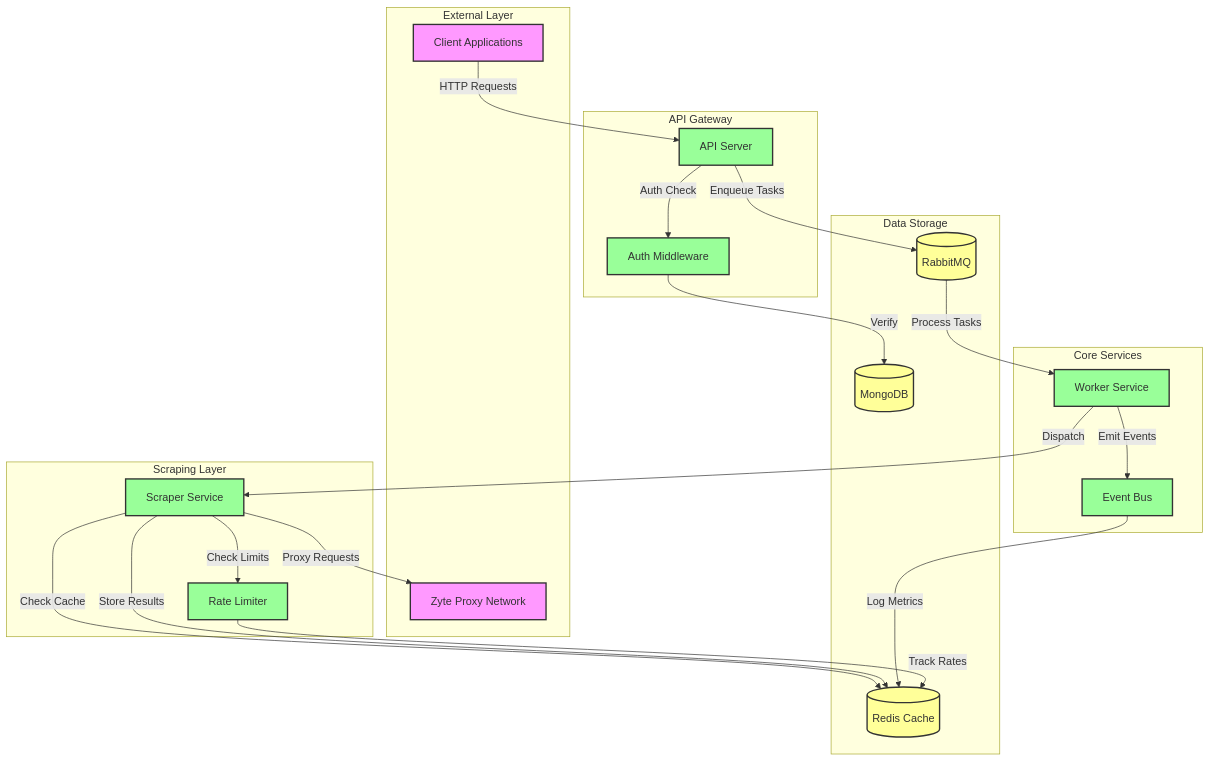
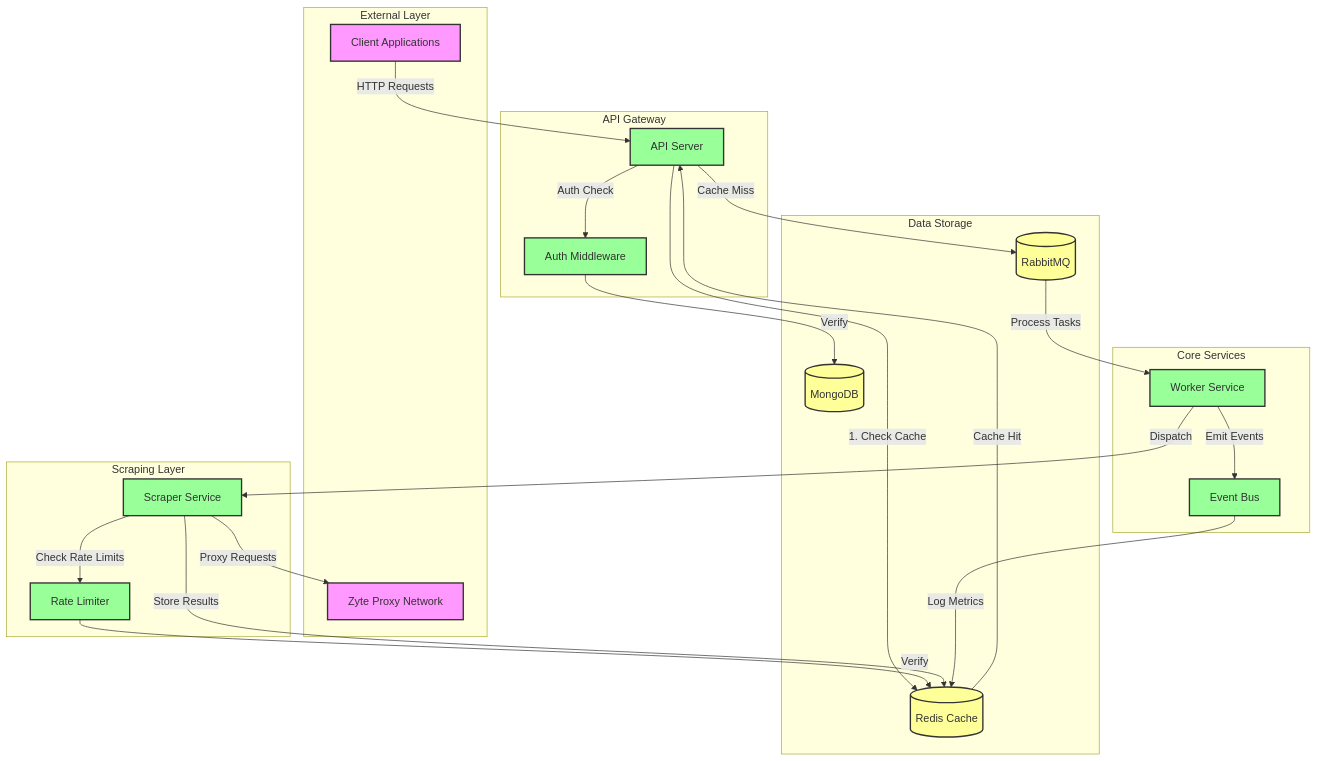
Before and after one commit to The-Deep-Hub/product-scraper-comparison: the first of 3 diagrams in README.md, drawn with Mermaid. The commit also changed other lines of this file, not shown here.

Commit message:
Update hexagonal architecture diagram

````diff
--- a/README.md
+++ b/README.md
@@ -36,59 +36,60 @@
 ```mermaid
 graph TB
     subgraph "External Layer"
         Client[Client Applications]
         Zyte[Zyte Proxy Network]
     end
 
     subgraph "API Gateway"
         API[API Server]
         Auth[Auth Middleware]
     end
 
     subgraph "Core Services"
         Worker[Worker Service]
         EventBus[Event Bus]
     end
 
     subgraph "Data Storage"
         Redis[(Redis Cache)]
         MongoDB[(MongoDB)]
         RMQ[(RabbitMQ)]
     end
 
     subgraph "Scraping Layer"
         Scraper[Scraper Service]
         RateLimit[Rate Limiter]
     end
 
     %% Client Interactions
     Client -->|HTTP Requests| API
     API -->|Auth Check| Auth
     Auth -->|Verify| MongoDB
 
+    %% Cache Flow
+    API -->|1. Check Cache| Redis
+    Redis -->|Cache Hit| API
+    API -->|Cache Miss| RMQ
+
     %% Task Flow
-    API -->|Enqueue Tasks| RMQ
     RMQ -->|Process Tasks| Worker
     Worker -->|Dispatch| Scraper
     
     %% Data Flow
-    Scraper -->|Check Cache| Redis
+    Scraper -->|Check Rate Limits| RateLimit
+    RateLimit -->|Verify| Redis
     Scraper -->|Proxy Requests| Zyte
     Scraper -->|Store Results| Redis
     
     %% Event Flow
     Worker -->|Emit Events| EventBus
     EventBus -->|Log Metrics| Redis
-
-    %% Rate Limiting
-    Scraper -->|Check Limits| RateLimit
-    RateLimit -->|Track Rates| Redis
 
     classDef external fill:#f9f,stroke:#333,stroke-width:2px
     classDef storage fill:#ff9,stroke:#333,stroke-width:2px
     classDef service fill:#9f9,stroke:#333,stroke-width:2px
     
     class Client,Zyte external
     class Redis,MongoDB,RMQ storage
     class API,Worker,Scraper,EventBus,RateLimit,Auth service
 ```
````
